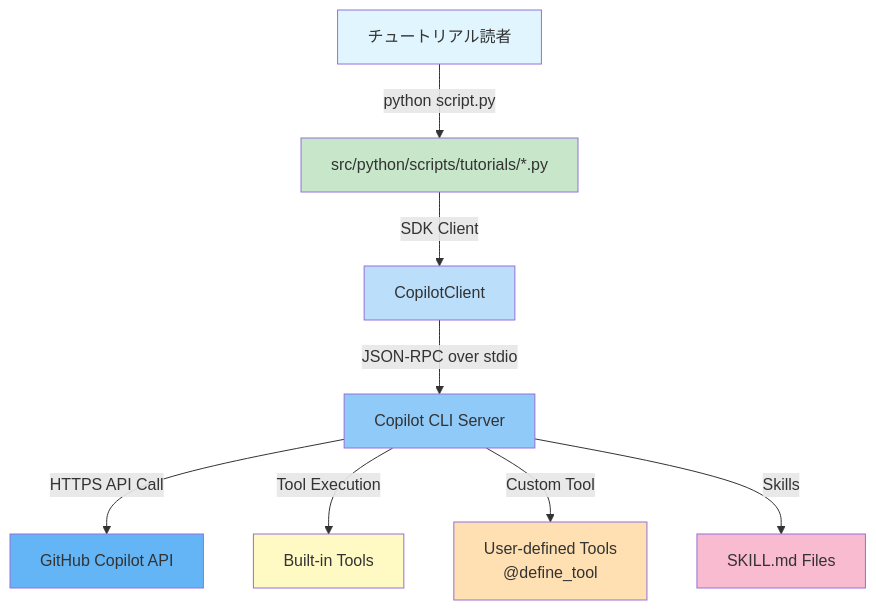
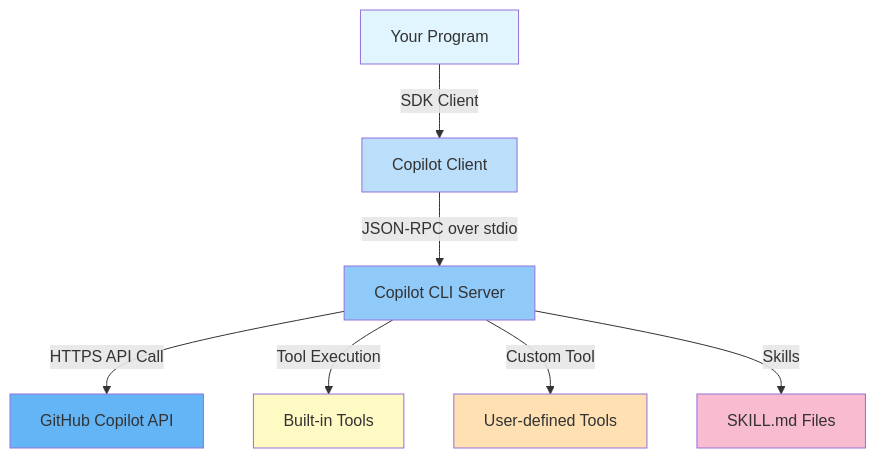
One commit to ks6088ts/template-github-copilot changed the first of 3 diagrams in docs/copilot_sdk_tutorial/architecture.ja.md. Above: the diagram before and after it, drawn with Mermaid. The commit also changed other lines of this file and 40 other files, not shown here.

First line of the commit message:
Refactor Copilot SDK tutorial documentation and Go implementation

````diff
--- a/docs/copilot_sdk_tutorial/architecture.ja.md
+++ b/docs/copilot_sdk_tutorial/architecture.ja.md
@@ -9,19 +9,17 @@
 ```mermaid
 graph TD
-    A[チュートリアル読者] -->|python script.py| S[src/python/scripts/tutorials/*.py]
-    S -->|SDK Client| B[CopilotClient]
+    A[Your Program] -->|SDK Client| B[Copilot Client]
     B -->|JSON-RPC over stdio| C[Copilot CLI Server]
     C -->|HTTPS API Call| D[GitHub Copilot API]
     C -->|Tool Execution| E[Built-in Tools]
-    C -->|Custom Tool| F[User-defined Tools<br/>@define_tool]
+    C -->|Custom Tool| F[User-defined Tools]
     C -->|Skills| G[SKILL.md Files]
 
     style A fill:#e1f5fe
-    style S fill:#c8e6c9
     style B fill:#bbdefb
     style C fill:#90caf9
     style D fill:#64b5f6
     style E fill:#fff9c4
     style F fill:#ffe0b2
     style G fill:#f8bbd0
 ```
````
